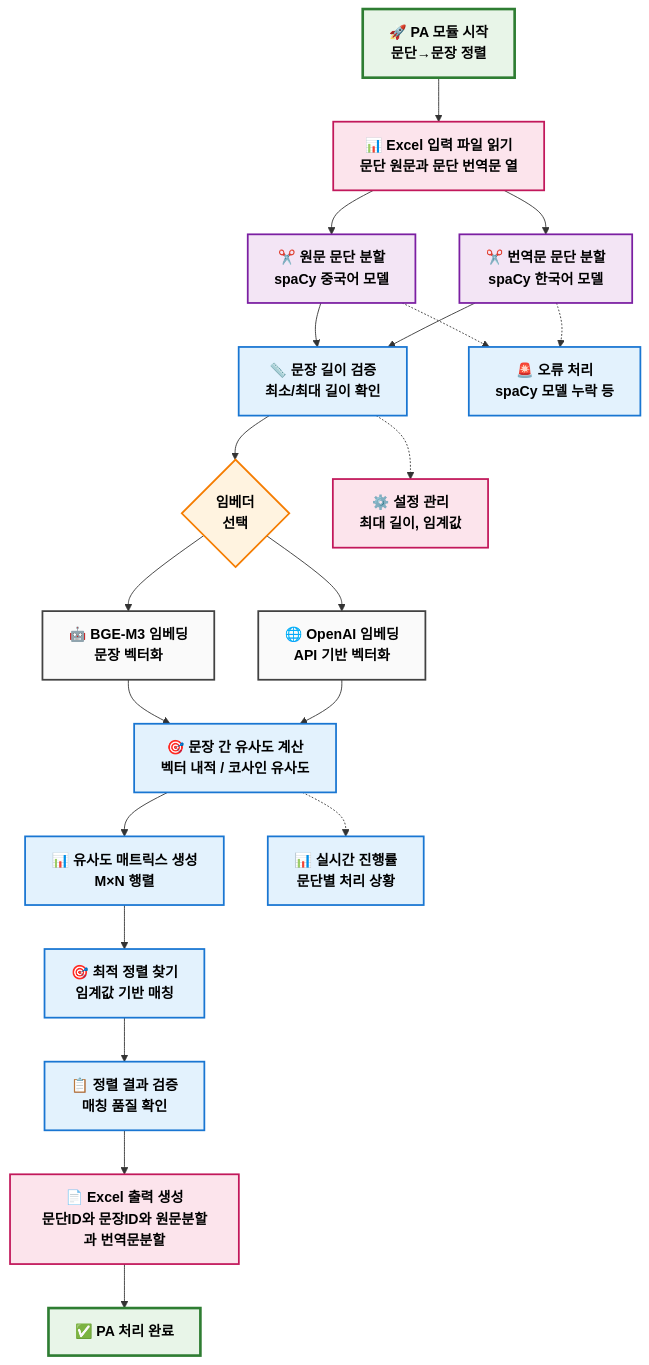
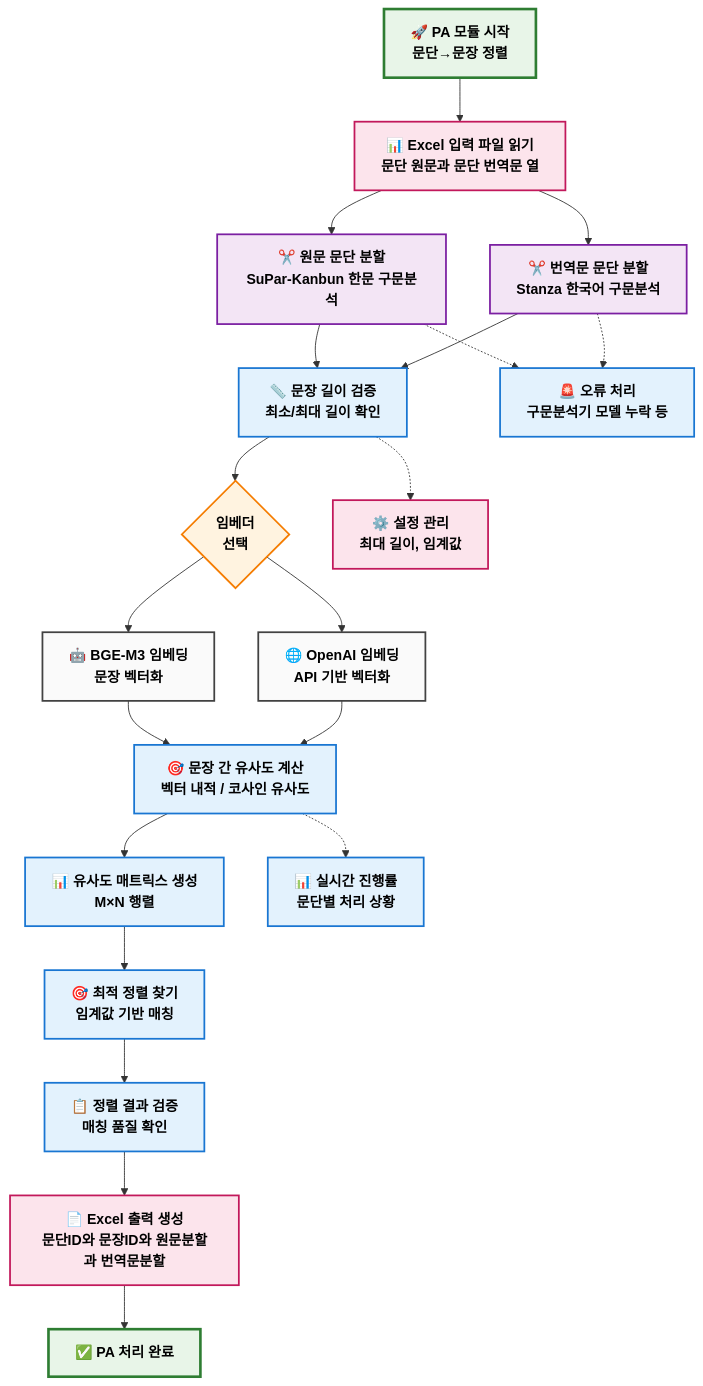
One commit to hw725/CSP changed the second of 9 diagrams in etc/CSP_전체_워크플로우.md. Above: the diagram before and after it, drawn with Mermaid. The commit also changed other lines of this file and 439 other files, not shown here.

````diff
--- a/etc/CSP_전체_워크플로우.md
+++ b/etc/CSP_전체_워크플로우.md
@@ -146,59 +149,59 @@
 ```mermaid
 flowchart TD
     %% 스타일 정의
     classDef startEnd fill:#e8f5e8,stroke:#2e7d32,stroke-width:3px,color:#000,font-weight:bold
     classDef process fill:#e3f2fd,stroke:#1976d2,stroke-width:2px,color:#000,font-weight:bold
     classDef decision fill:#fff3e0,stroke:#f57c00,stroke-width:2px,color:#000,font-weight:bold
     classDef data fill:#fce4ec,stroke:#c2185b,stroke-width:2px,color:#000,font-weight:bold
-    classDef spacy fill:#f3e5f5,stroke:#7b1fa2,stroke-width:2px,color:#000,font-weight:bold
+    classDef parser fill:#f3e5f5,stroke:#7b1fa2,stroke-width:2px,color:#000,font-weight:bold
     classDef embedder fill:#fafafa,stroke:#424242,stroke-width:2px,color:#000,font-weight:bold
     
     A[🚀 PA 모듈 시작<br/>문단→문장 정렬]:::startEnd
     B[📊 Excel 입력 파일 읽기<br/>문단 원문과 문단 번역문 열]:::data
     
-    %% 문장 분할 단계
-    C[✂️ 원문 문단 분할<br/>spaCy 중국어 모델]:::spacy
-    D[✂️ 번역문 문단 분할<br/>spaCy 한국어 모델]:::spacy
+    %% 구문분석 기반 문장 분할 단계
+    C[✂️ 원문 문단 분할<br/>SuPar-Kanbun 한문 구문분석]:::parser
+    D[✂️ 번역문 문단 분할<br/>Stanza 한국어 구문분석]:::parser
     E[📏 문장 길이 검증<br/>최소/최대 길이 확인]:::process
     
     %% 임베딩 단계
     F{임베더<br/>선택}:::decision
     G[🤖 BGE-M3 임베딩<br/>문장 벡터화]:::embedder
     H[🌐 OpenAI 임베딩<br/>API 기반 벡터화]:::embedder
     
     %% 정렬 단계
     I[🎯 문장 간 유사도 계산<br/>벡터 내적 / 코사인 유사도]:::process
     J[📊 유사도 매트릭스 생성<br/>M×N 행렬]:::process
     K[🎯 최적 정렬 찾기<br/>임계값 기반 매칭]:::process
     
     %% 출력 단계
     L[📋 정렬 결과 검증<br/>매칭 품질 확인]:::process
     M[📄 Excel 출력 생성<br/>문단ID와 문장ID와 원문분할과 번역문분할]:::data
     N[✅ PA 처리 완료]:::startEnd
     
     A --> B
     B --> C
     B --> D
     C --> E
     D --> E
     E --> F
     F --> G
     F --> H
     G --> I
     H --> I
     I --> J
     J --> K
     K --> L
     L --> M
     M --> N
     
     %% 지원 시스템
     O[⚙️ 설정 관리<br/>최대 길이, 임계값]:::data
     P[📊 실시간 진행률<br/>문단별 처리 상황]:::process
-    Q[🚨 오류 처리<br/>spaCy 모델 누락 등]:::process
+    Q[🚨 오류 처리<br/>구문분석기 모델 누락 등]:::process
     
     E -.-> O
     I -.-> P
     C -.-> Q
     D -.-> Q
 ```
````
